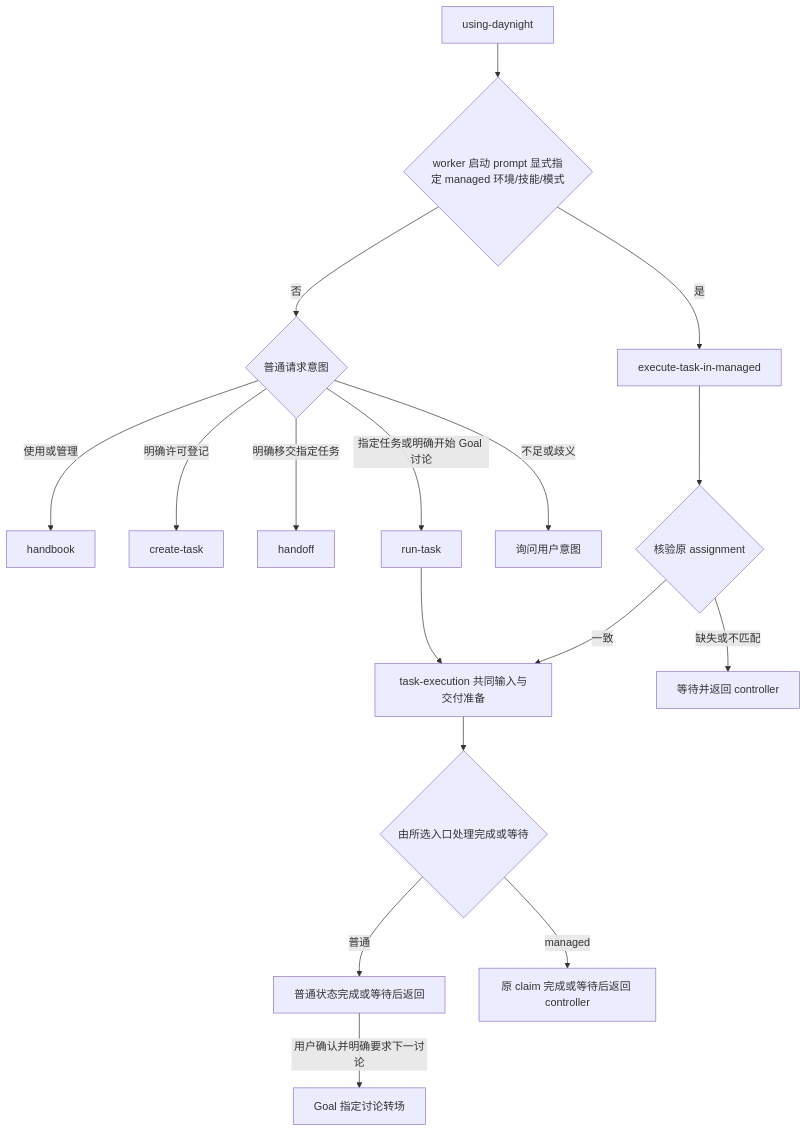
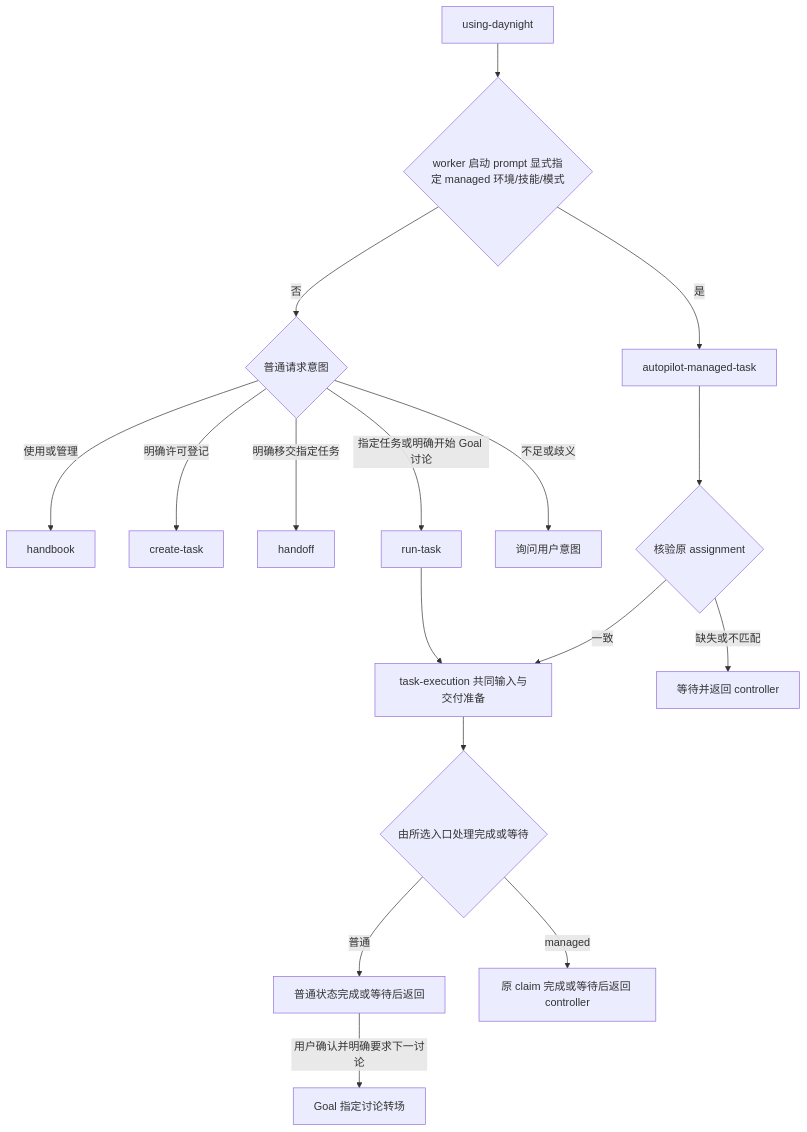
Before and after one commit to codetreker/daynight: the diagram in docs/design/daynight-agent-skill.md, drawn with Mermaid. The commit also changed other lines of this file and 26 other files, not shown here.

First line of the commit message:
refactor: adopt autopilot managed task workflow

````diff
--- a/docs/design/daynight-agent-skill.md
+++ b/docs/design/daynight-agent-skill.md
@@ -81,19 +81,19 @@
 ```mermaid
 flowchart TD
     A[using-daynight] --> B{worker 启动 prompt 显式指定 managed 环境/技能/模式}
-    B -->|是| M[execute-task-in-managed]
+    B -->|是| M[autopilot-managed-task]
     B -->|否| C{普通请求意图}
     C -->|使用或管理| H[handbook]
     C -->|明确许可登记| N[create-task]
     C -->|明确移交指定任务| F[handoff]
     C -->|指定任务或明确开始 Goal 讨论| R[run-task]
     C -->|不足或歧义| Q[询问用户意图]
     R --> S[task-execution 共同输入与交付准备]
     M --> V{核验原 assignment}
     V -->|缺失或不匹配| W[等待并返回 controller]
     V -->|一致| S
     S --> O{由所选入口处理完成或等待}
     O -->|普通| E[普通状态完成或等待后返回]
     O -->|managed| D[原 claim 完成或等待后返回 controller]
     E -->|用户确认并明确要求下一讨论| G[Goal 指定讨论转场]
 ```
````
